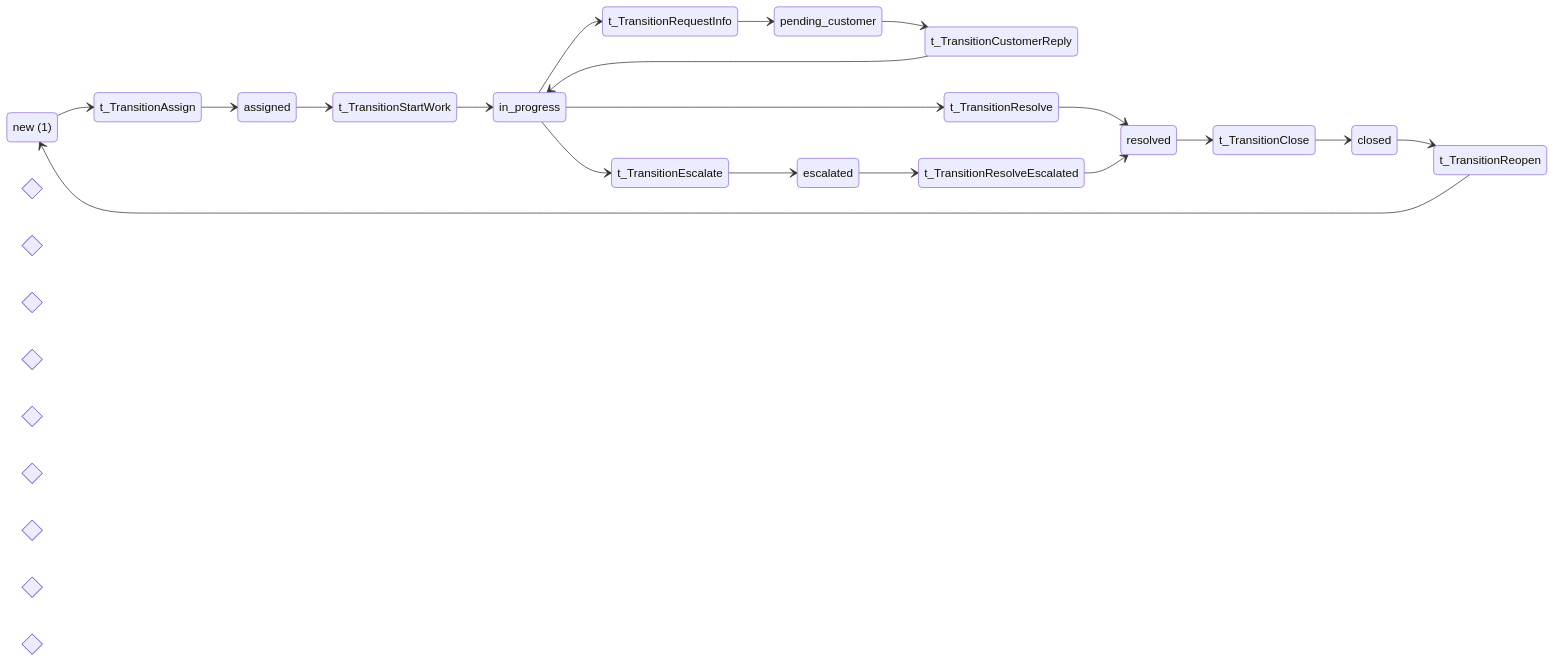
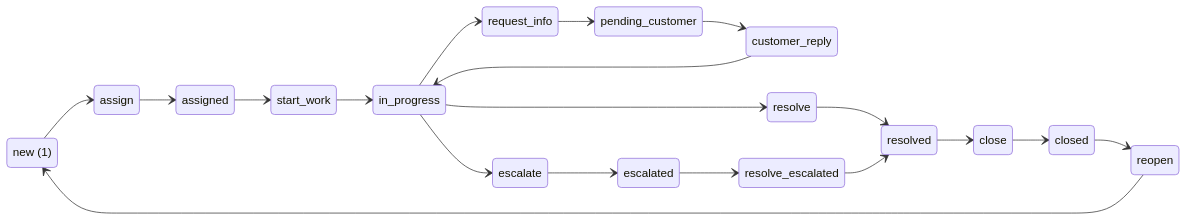
Before and after one commit to pflow-xyz/petri-pilot: the first of 4 diagrams in generated/support-ticket/README.md, drawn with Mermaid. The commit also changed other lines of this file and 10 other files, not shown here.

First line of the commit message:
Fix Mermaid diagram syntax in README template

````diff
--- a/generated/support-ticket/README.md
+++ b/generated/support-ticket/README.md
@@ -57,52 +57,52 @@
 ```mermaid
 stateDiagram-v2
     direction LR
 
     state "new (1)" as PlaceNew
     state "assigned" as PlaceAssigned
     state "in_progress" as PlaceInProgress
     state "escalated" as PlaceEscalated
     state "pending_customer" as PlacePendingCustomer
     state "resolved" as PlaceResolved
     state "closed" as PlaceClosed
 
 
-    state "assign" as t_TransitionAssign <<choice>>
-    state "start_work" as t_TransitionStartWork <<choice>>
-    state "escalate" as t_TransitionEscalate <<choice>>
-    state "request_info" as t_TransitionRequestInfo <<choice>>
-    state "customer_reply" as t_TransitionCustomerReply <<choice>>
-    state "resolve" as t_TransitionResolve <<choice>>
-    state "resolve_escalated" as t_TransitionResolveEscalated <<choice>>
-    state "close" as t_TransitionClose <<choice>>
-    state "reopen" as t_TransitionReopen <<choice>>
+    state "assign" as t_TransitionAssign
+    state "start_work" as t_TransitionStartWork
+    state "escalate" as t_TransitionEscalate
+    state "request_info" as t_TransitionRequestInfo
+    state "customer_reply" as t_TransitionCustomerReply
+    state "resolve" as t_TransitionResolve
+    state "resolve_escalated" as t_TransitionResolveEscalated
+    state "close" as t_TransitionClose
+    state "reopen" as t_TransitionReopen
 
 
-    PlaceNew --> t_TransitionAssign: 
-    t_TransitionAssign --> PlaceAssigned: 
+    PlaceNew --> t_TransitionAssign
+    t_TransitionAssign --> PlaceAssigned
 
-    PlaceAssigned --> t_TransitionStartWork: 
-    t_TransitionStartWork --> PlaceInProgress: 
+    PlaceAssigned --> t_TransitionStartWork
+    t_TransitionStartWork --> PlaceInProgress
 
-    PlaceInProgress --> t_TransitionEscalate: 
-    t_TransitionEscalate --> PlaceEscalated: 
+    PlaceInProgress --> t_TransitionEscalate
+    t_TransitionEscalate --> PlaceEscalated
 
-    PlaceInProgress --> t_TransitionRequestInfo: 
-    t_TransitionRequestInfo --> PlacePendingCustomer: 
+    PlaceInProgress --> t_TransitionRequestInfo
+    t_TransitionRequestInfo --> PlacePendingCustomer
 
-    PlacePendingCustomer --> t_TransitionCustomerReply: 
-    t_TransitionCustomerReply --> PlaceInProgress: 
+    PlacePendingCustomer --> t_TransitionCustomerReply
+    t_TransitionCustomerReply --> PlaceInProgress
 
-    PlaceInProgress --> t_TransitionResolve: 
-    t_TransitionResolve --> PlaceResolved: 
+    PlaceInProgress --> t_TransitionResolve
+    t_TransitionResolve --> PlaceResolved
 
-    PlaceEscalated --> t_TransitionResolveEscalated: 
-    t_TransitionResolveEscalated --> PlaceResolved: 
+    PlaceEscalated --> t_TransitionResolveEscalated
+    t_TransitionResolveEscalated --> PlaceResolved
 
-    PlaceResolved --> t_TransitionClose: 
-    t_TransitionClose --> PlaceClosed: 
+    PlaceResolved --> t_TransitionClose
+    t_TransitionClose --> PlaceClosed
 
-    PlaceClosed --> t_TransitionReopen: 
-    t_TransitionReopen --> PlaceNew: 
+    PlaceClosed --> t_TransitionReopen
+    t_TransitionReopen --> PlaceNew
 
 ```
````
